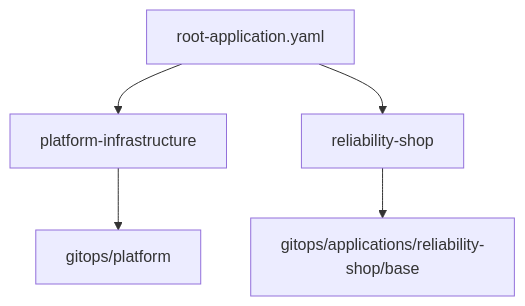
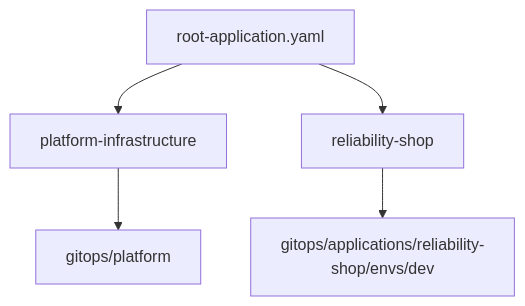
Before and after one commit to Kien-devops/aws-cloud-native-sre-platform: the diagram in gitops/bootstrap/README.md, drawn with Mermaid. The commit also changed other lines of this file and 33 other files, not shown here.

````diff
--- a/gitops/bootstrap/README.md
+++ b/gitops/bootstrap/README.md
@@ -14,11 +20,11 @@
 ```mermaid
 flowchart TD
     Bootstrap["root-application.yaml"]
     PlatformApp["platform-infrastructure"]
     WorkloadApp["reliability-shop"]
     PlatformPath["gitops/platform"]
-    WorkloadPath["gitops/applications/reliability-shop/base"]
+    WorkloadPath["gitops/applications/reliability-shop/envs/dev"]
 
     Bootstrap --> PlatformApp --> PlatformPath
     Bootstrap --> WorkloadApp --> WorkloadPath
 ```
````
